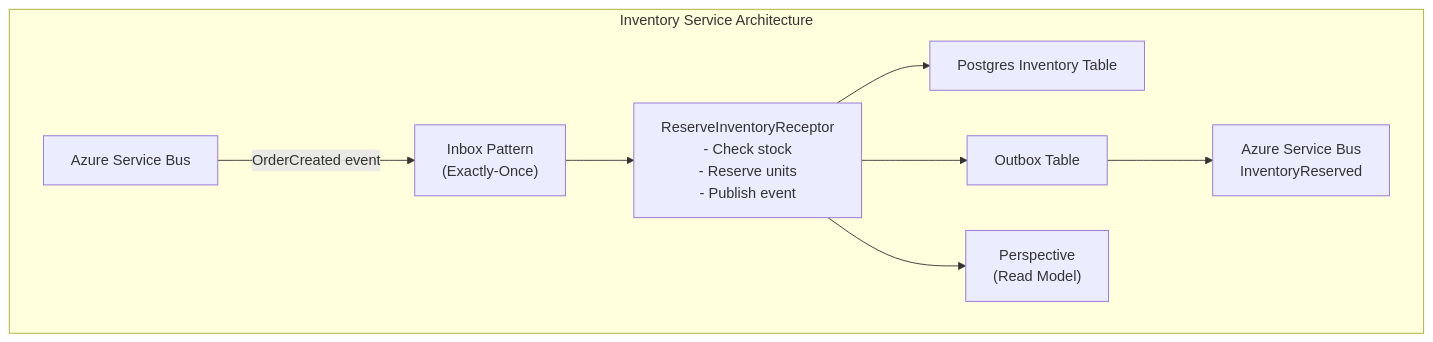
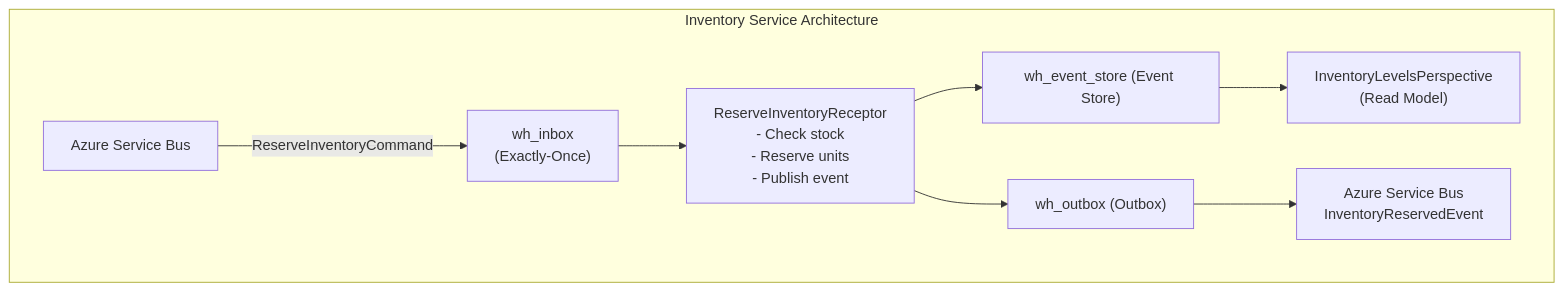
Before and after one commit to whizbang-lib/whizbang-lib.github.io: the first of 3 diagrams in src/assets/docs/v1.0.0/learn/tutorial/inventory-service.md, drawn with Mermaid. The commit also changed other lines of this file and 48 other files, not shown here.

````diff
--- a/src/assets/docs/v1.0.0/learn/tutorial/inventory-service.md
+++ b/src/assets/docs/v1.0.0/learn/tutorial/inventory-service.md
@@ -35,24 +47,24 @@
 ```mermaid
 flowchart TD
     subgraph ISA["Inventory Service Architecture"]
         ASBIn["Azure Service Bus"]
-        Inbox["Inbox Pattern<br/>(Exactly-Once)"]
+        Inbox["wh_inbox<br/>(Exactly-Once)"]
         Receptor["ReserveInventoryReceptor<br/>- Check stock<br/>- Reserve units<br/>- Publish event"]
-        InventoryTable["Postgres Inventory Table"]
-        OutboxTable["Outbox Table"]
-        Perspective["Perspective<br/>(Read Model)"]
-        ASBOut["Azure Service Bus<br/>InventoryReserved"]
+        EventStore["wh_event_store (Event Store)"]
+        OutboxTable["wh_outbox (Outbox)"]
+        Perspective["InventoryLevelsPerspective<br/>(Read Model)"]
+        ASBOut["Azure Service Bus<br/>InventoryReservedEvent"]
 
-        ASBIn -->|"OrderCreated event"| Inbox
+        ASBIn -->|"ReserveInventoryCommand"| Inbox
         Inbox --> Receptor
-        Receptor --> InventoryTable
+        Receptor --> EventStore
         Receptor --> OutboxTable
-        Receptor --> Perspective
+        EventStore --> Perspective
         OutboxTable --> ASBOut
     end
 
     class ASBIn,ASBOut,OutboxTable layer-command
     class Inbox,Receptor layer-core
-    class InventoryTable layer-event
+    class EventStore layer-event
     class Perspective layer-read
 ```
````
